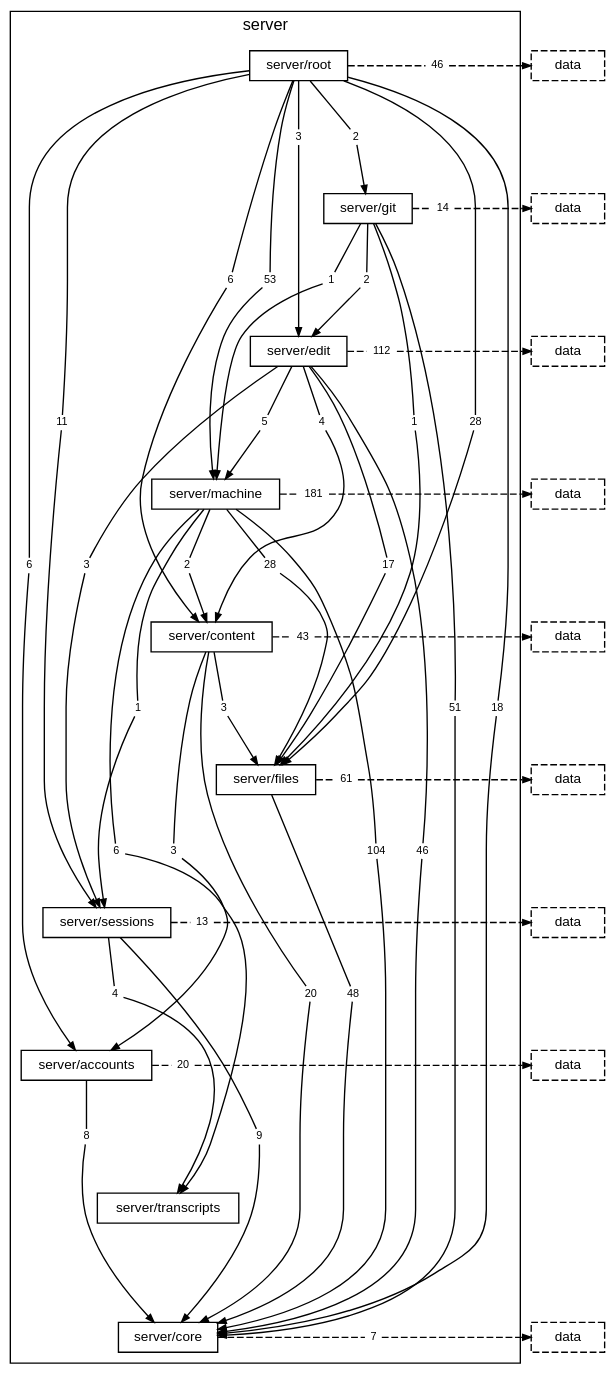
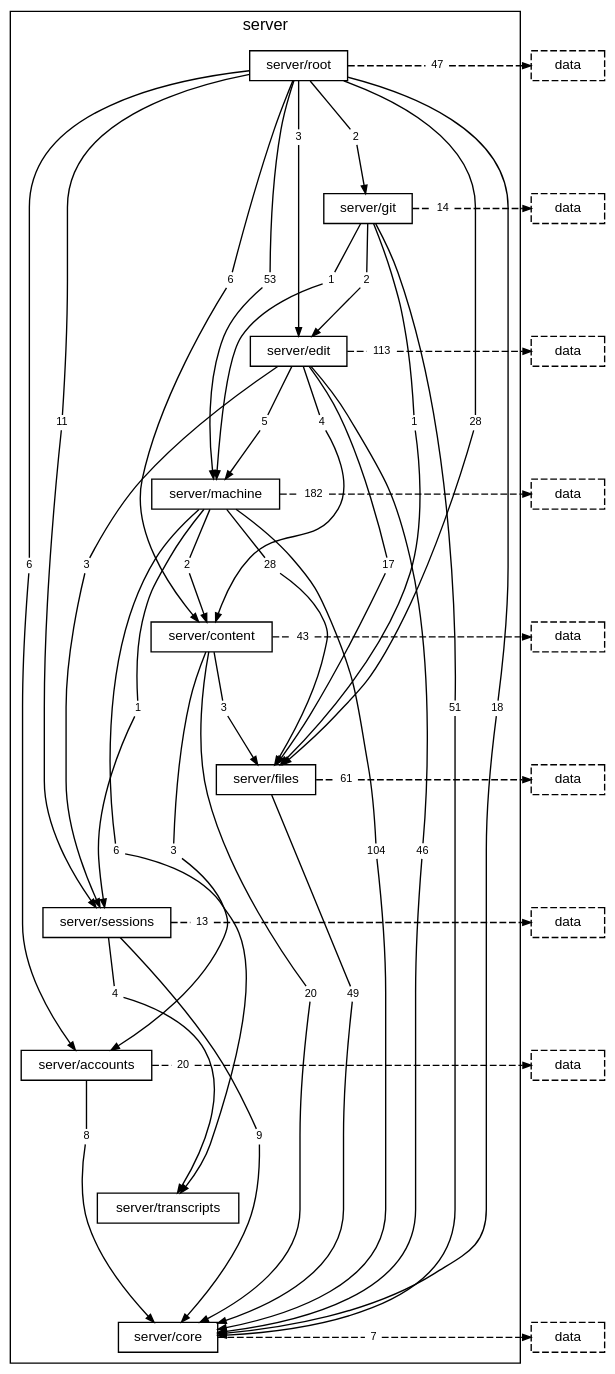
Before and after one commit to TheAxeC/oculus: the diagram in docs/diagrams/layer-server.dot, drawn with Graphviz. The commit also changed 137 other files, not shown here.

```diff
--- a/docs/diagrams/layer-server.dot
+++ b/docs/diagrams/layer-server.dot
@@ -22,7 +22,7 @@
         "folder server/root to folder server/git" [label="2", shape=box, color="transparent", fontsize=8, width=0, height=0, margin="0.04,0.02"];
         "folder server/root to folder server/machine" [label="53", shape=box, color="transparent", fontsize=8, width=0, height=0, margin="0.04,0.02"];
         "folder server/root to folder server/sessions" [label="11", shape=box, color="transparent", fontsize=8, width=0, height=0, margin="0.04,0.02"];
-        "folder server/root to layer data" [label="46", shape=box, color="transparent", fontsize=8, width=0, height=0, margin="0.04,0.02"];
+        "folder server/root to layer data" [label="47", shape=box, color="transparent", fontsize=8, width=0, height=0, margin="0.04,0.02"];
         "folder server/git to folder server/core" [label="51", shape=box, color="transparent", fontsize=8, width=0, height=0, margin="0.04,0.02"];
         "folder server/git to folder server/edit" [label="2", shape=box, color="transparent", fontsize=8, width=0, height=0, margin="0.04,0.02"];
         "folder server/git to folder server/files" [label="1", shape=box, color="transparent", fontsize=8, width=0, height=0, margin="0.04,0.02"];
@@ -33,18 +33,18 @@
         "folder server/edit to folder server/files" [label="17", shape=box, color="transparent", fontsize=8, width=0, height=0, margin="0.04,0.02"];
         "folder server/edit to folder server/machine" [label="5", shape=box, color="transparent", fontsize=8, width=0, height=0, margin="0.04,0.02"];
         "folder server/edit to folder server/sessions" [label="3", shape=box, color="transparent", fontsize=8, width=0, height=0, margin="0.04,0.02"];
-        "folder server/edit to layer data" [label="112", shape=box, color="transparent", fontsize=8, width=0, height=0, margin="0.04,0.02"];
+        "folder server/edit to layer data" [label="113", shape=box, color="transparent", fontsize=8, width=0, height=0, margin="0.04,0.02"];
         "folder server/machine to folder server/content" [label="2", shape=box, color="transparent", fontsize=8, width=0, height=0, margin="0.04,0.02"];
         "folder server/machine to folder server/core" [label="104", shape=box, color="transparent", fontsize=8, width=0, height=0, margin="0.04,0.02"];
         "folder server/machine to folder server/files" [label="28", shape=box, color="transparent", fontsize=8, width=0, height=0, margin="0.04,0.02"];
         "folder server/machine to folder server/sessions" [label="1", shape=box, color="transparent", fontsize=8, width=0, height=0, margin="0.04,0.02"];
         "folder server/machine to folder server/transcripts" [label="6", shape=box, color="transparent", fontsize=8, width=0, height=0, margin="0.04,0.02"];
-        "folder server/machine to layer data" [label="181", shape=box, color="transparent", fontsize=8, width=0, height=0, margin="0.04,0.02"];
+        "folder server/machine to layer data" [label="182", shape=box, color="transparent", fontsize=8, width=0, height=0, margin="0.04,0.02"];
         "folder server/content to folder server/accounts" [label="3", shape=box, color="transparent", fontsize=8, width=0, height=0, margin="0.04,0.02"];
         "folder server/content to folder server/core" [label="20", shape=box, color="transparent", fontsize=8, width=0, height=0, margin="0.04,0.02"];
         "folder server/content to folder server/files" [label="3", shape=box, color="transparent", fontsize=8, width=0, height=0, margin="0.04,0.02"];
         "folder server/content to layer data" [label="43", shape=box, color="transparent", fontsize=8, width=0, height=0, margin="0.04,0.02"];
-        "folder server/files to folder server/core" [label="48", shape=box, color="transparent", fontsize=8, width=0, height=0, margin="0.04,0.02"];
+        "folder server/files to folder server/core" [label="49", shape=box, color="transparent", fontsize=8, width=0, height=0, margin="0.04,0.02"];
         "folder server/files to layer data" [label="61", shape=box, color="transparent", fontsize=8, width=0, height=0, margin="0.04,0.02"];
         "folder server/sessions to folder server/core" [label="9", shape=box, color="transparent", fontsize=8, width=0, height=0, margin="0.04,0.02"];
         "folder server/sessions to folder server/transcripts" [label="4", shape=box, color="transparent", fontsize=8, width=0, height=0, margin="0.04,0.02"];
```
